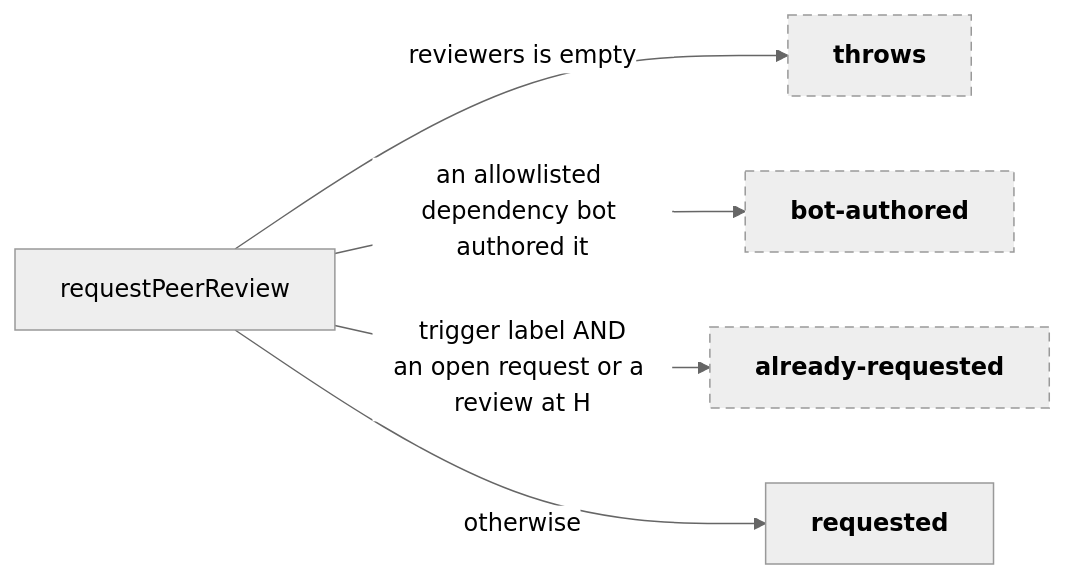
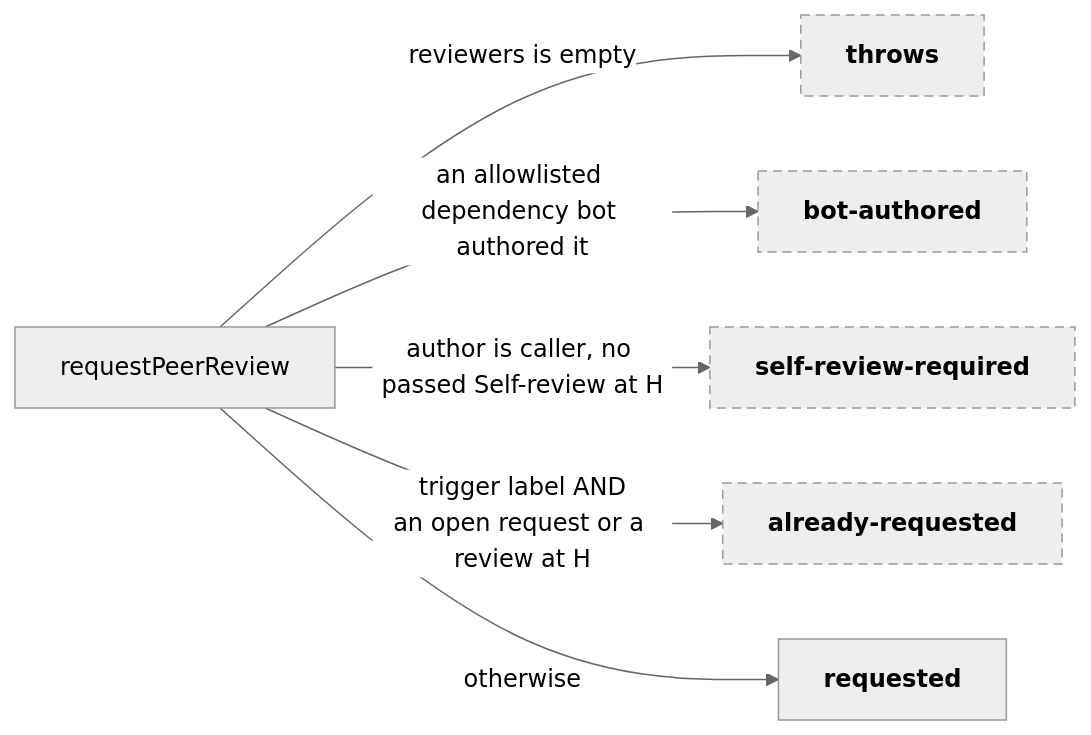
One commit to input-output-hk/agent-peer-review changed the eighth of 11 diagrams in docs/how-it-works.md. Above: the diagram before and after it, drawn with Mermaid (neutral theme). The commit also changed other lines of this file and 67 other files, not shown here.

````diff
--- a/docs/how-it-works.md
+++ b/docs/how-it-works.md
@@ -382,11 +388,12 @@
 ```mermaid
 flowchart LR
   R0["requestPeerReview"]
   R0 -->|"reviewers is empty"| R1["<b>throws</b>"]
   R0 -->|"an allowlisted dependency bot authored it"| R4["<b>bot-authored</b>"]
+  R0 -->|"author is caller, no passed Self-review at H"| R5["<b>self-review-required</b>"]
   R0 -->|"trigger label AND<br/>an open request or a review at H"| R2["<b>already-requested</b>"]
   R0 -->|"otherwise"| R3["<b>requested</b>"]
 
-  class R1,R2,R4 pending
+  class R1,R2,R4,R5 pending
   classDef pending stroke-dasharray: 6 4
 ```
````
